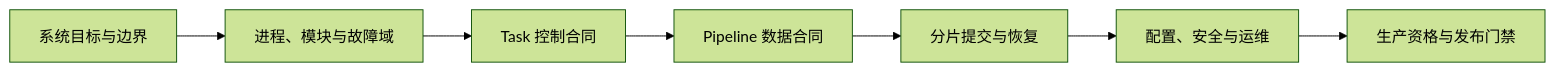
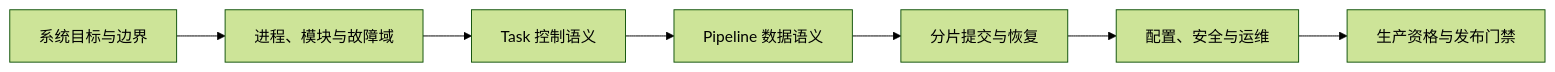
Before and after one commit to SiYueY/rodaq: the first of 14 diagrams in docs/design/architecture.md, drawn with Mermaid (forest theme). The commit also changed other lines of this file and 24 other files, not shown here.

````diff
--- a/docs/design/architecture.md
+++ b/docs/design/architecture.md
@@ -35,9 +35,9 @@
 ```mermaid
 flowchart LR
     A["系统目标与边界"] --> B["进程、模块与故障域"]
-    B --> C["Task 控制合同"]
-    C --> D["Pipeline 数据合同"]
+    B --> C["Task 控制语义"]
+    C --> D["Pipeline 数据语义"]
     D --> E["分片提交与恢复"]
     E --> F["配置、安全与运维"]
     F --> G["生产资格与发布门禁"]
 ```
````
